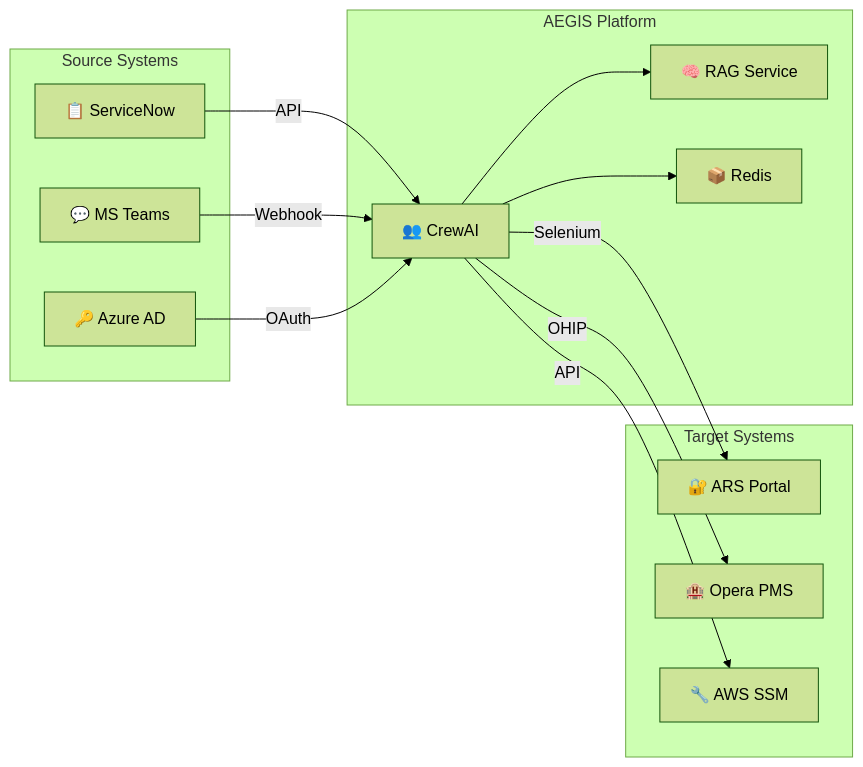
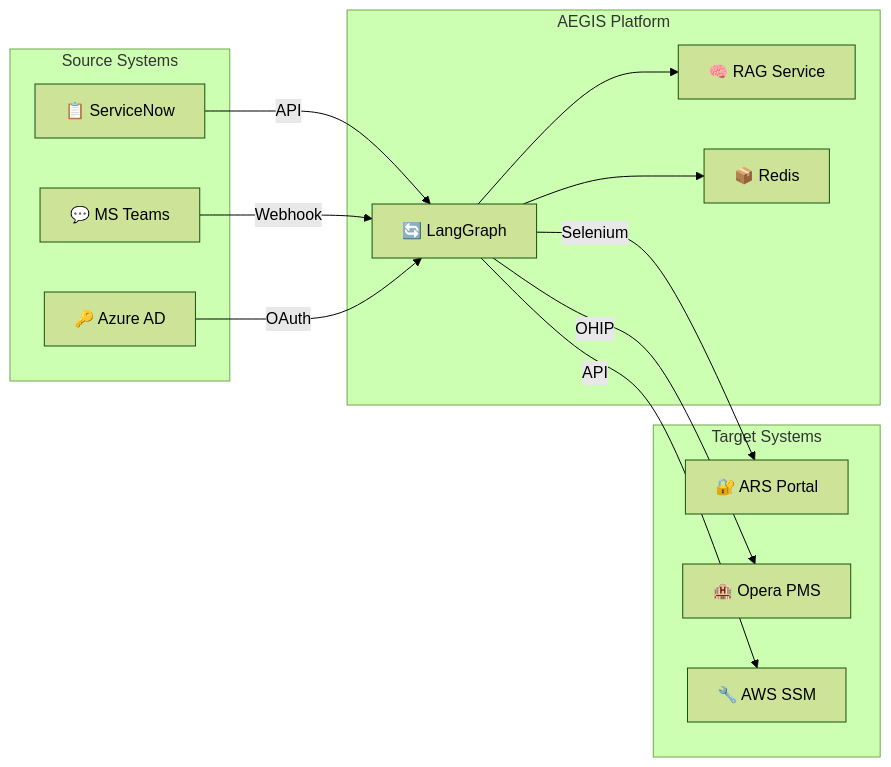
The diagram in docs/ea-pack/ea-alignment.md (maniltns/AEGIS), drawn with Mermaid (forest theme) before and after one commit. The commit also changed other lines of this file and 6 other files, not shown here.

````diff
--- a/docs/ea-pack/ea-alignment.md
+++ b/docs/ea-pack/ea-alignment.md
@@ -94,29 +94,29 @@
 ```mermaid
 graph LR
     subgraph "Source Systems"
         SNOW["📋 ServiceNow"]
         TEAMS["💬 MS Teams"]
         AAD["🔑 Azure AD"]
     end
 
     subgraph "AEGIS Platform"
-        CREW["👥 CrewAI"]
+        LGRAPH["🔄 LangGraph"]
         RAG["🧠 RAG Service"]
         REDIS["📦 Redis"]
     end
 
     subgraph "Target Systems"
         ARS["🔐 ARS Portal"]
         OPERA["🏨 Opera PMS"]
         SSM["🔧 AWS SSM"]
     end
 
-    SNOW -->|API| CREW
-    TEAMS -->|Webhook| CREW
-    AAD -->|OAuth| CREW
-    CREW --> RAG
-    CREW --> REDIS
-    CREW -->|Selenium| ARS
-    CREW -->|OHIP| OPERA
-    CREW -->|API| SSM
+    SNOW -->|API| LGRAPH
+    TEAMS -->|Webhook| LGRAPH
+    AAD -->|OAuth| LGRAPH
+    LGRAPH --> RAG
+    LGRAPH --> REDIS
+    LGRAPH -->|Selenium| ARS
+    LGRAPH -->|OHIP| OPERA
+    LGRAPH -->|API| SSM
 ```
````
